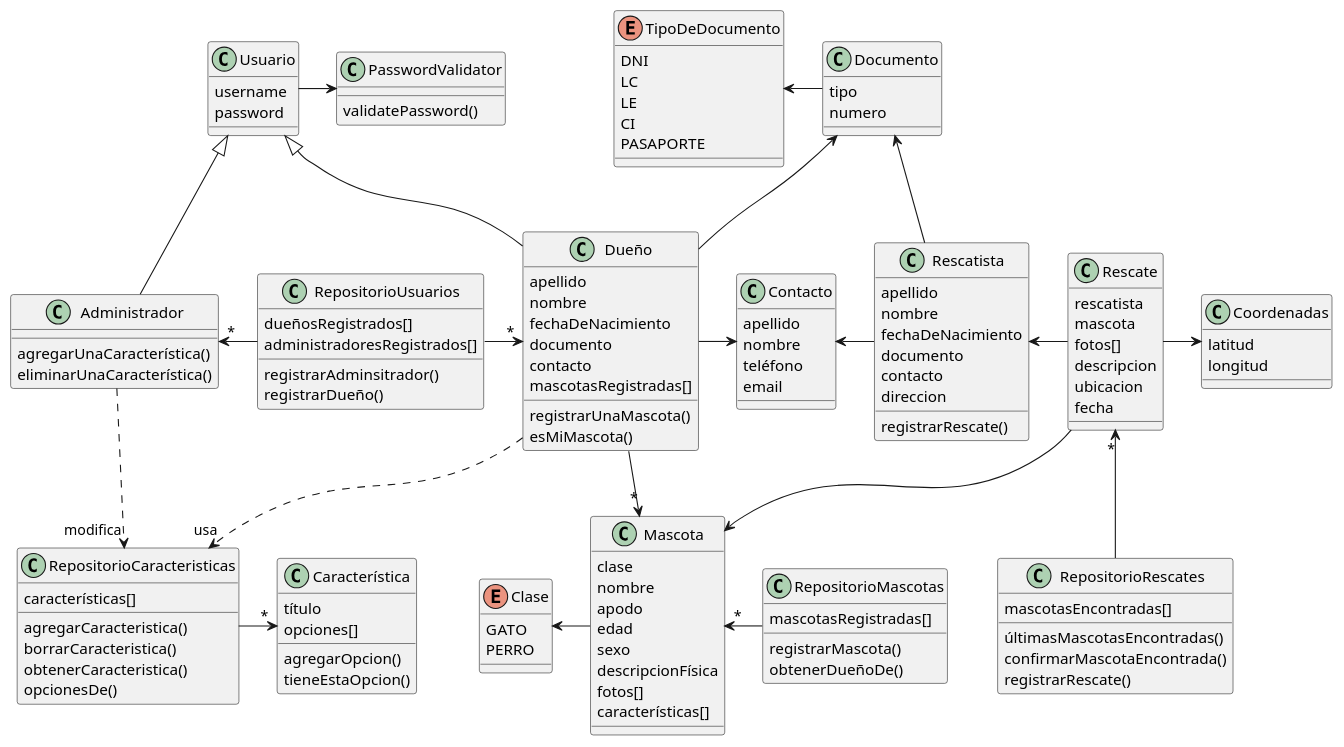
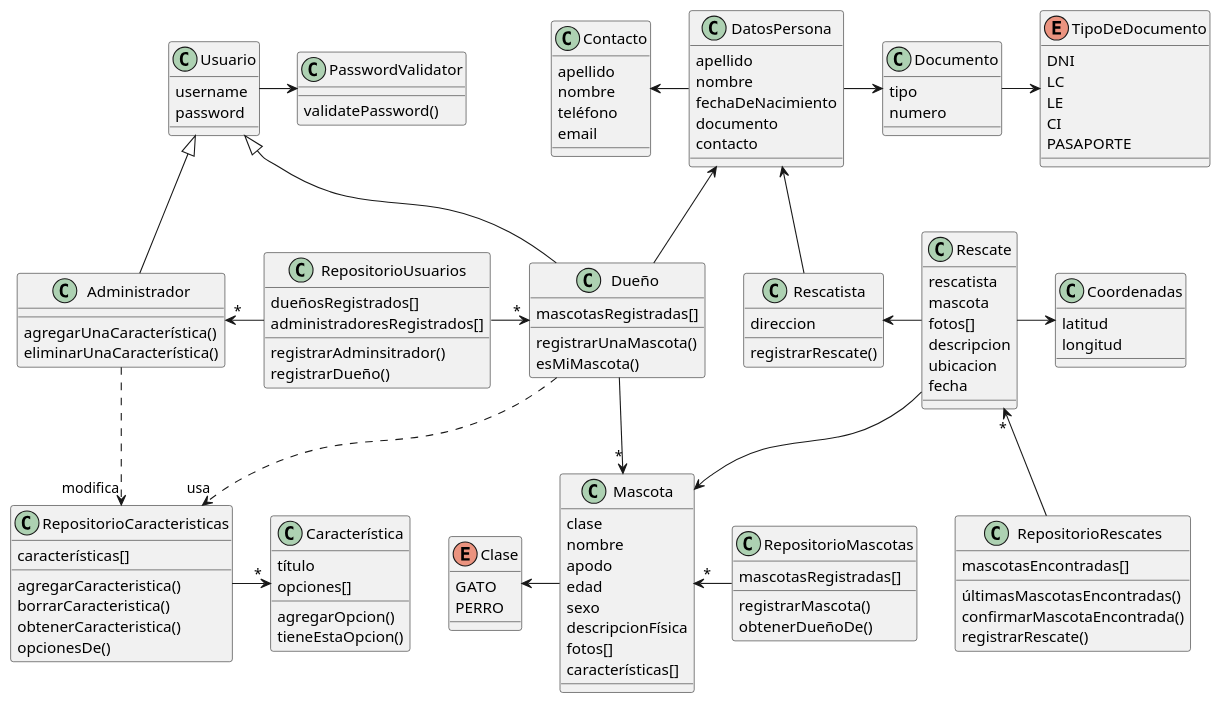
One commit to aleeherasimiuk/RescateDePatitas changed the diagram in diagramaDeClases.plantuml. Above: the diagram before and after it, drawn with PlantUML.

Commit message:
refactor en diagrama de clases

```diff
--- a/diagramaDeClases.plantuml
+++ b/diagramaDeClases.plantuml
@@ -1,145 +1,143 @@
 @startuml RescateDePatitas
 
 class Contacto{
   apellido
   nombre
   teléfono
   email
 }
 
 class Mascota{
   clase
   nombre
   apodo
   edad
   sexo
   descripcionFísica
   fotos[]
   características[]
 }
 
 enum Clase{
   GATO
   PERRO
 }
 
 class Documento{
   tipo
   numero
 }
 
 enum TipoDeDocumento{
   DNI
   LC /' Libreta Cívica '/
   LE /' Libreta de Enrolamiento '/
   CI /' Cédula de Identidad '/
   PASAPORTE
 }
 
 class Rescate{
   rescatista
   mascota
   fotos[]
   descripcion
   ubicacion
   fecha
 }
 
 class Coordenadas{
   latitud
   longitud
 }
 
 class Usuario{
   username
   password
 }
 
 class Administrador{
   agregarUnaCaracterística()
   eliminarUnaCaracterística()
 
 }
 
 class Dueño{
-  apellido
-  nombre
-  fechaDeNacimiento
-  documento
-  contacto
   mascotasRegistradas[]
   registrarUnaMascota()
   esMiMascota()
 }
 
 class RepositorioUsuarios{
   dueñosRegistrados[]
   administradoresRegistrados[]
   registrarAdminsitrador()
   registrarDueño()
 }
 
 class RepositorioMascotas{
   mascotasRegistradas[]
   registrarMascota()
   obtenerDueñoDe()
 }
 
 class RepositorioRescates{
   mascotasEncontradas[]
   últimasMascotasEncontradas()
   confirmarMascotaEncontrada()
   registrarRescate()
 }
 
 class Característica{
   título
   opciones[]
   agregarOpcion()
   tieneEstaOpcion()
 }
 
 class RepositorioCaracteristicas{
   características[]
   agregarCaracteristica()
   borrarCaracteristica()
   obtenerCaracteristica()
   opcionesDe()
 }
 
 class PasswordValidator{
   validatePassword()
 }
 
 class Rescatista{
+  direccion
+  registrarRescate()
+}
+
+class DatosPersona{
   apellido
   nombre
   fechaDeNacimiento
   documento
   contacto
-  direccion
-  registrarRescate()
 }
 
-Rescatista -u-> Documento
-Rescatista -l-> Contacto
-Dueño -u-> Documento
-Dueño -r-> Contacto
+Dueño -u-> DatosPersona
+Rescatista -u-> DatosPersona
+DatosPersona -r-> Documento
+DatosPersona -l-> Contacto
 Rescate -l-> Rescatista
 Usuario -> PasswordValidator
 Dueño -u-|> Usuario
 Rescate -d-> Mascota
 RepositorioMascotas -l-> "*" Mascota
 RepositorioRescates -u-> "*" Rescate
 RepositorioUsuarios -l-> "*" Administrador
 RepositorioUsuarios -r-> "*" Dueño
-Documento -l-> TipoDeDocumento
+Documento -r-> TipoDeDocumento
 Mascota -l-> Clase
 Dueño -d->"*" Mascota
 Administrador -u-|> Usuario
 Rescate -> Coordenadas
 RepositorioCaracteristicas ->"*" Característica
 Dueño ..>"usa" RepositorioCaracteristicas
 Administrador ..>"modifica" RepositorioCaracteristicas
 
 @enduml
```
